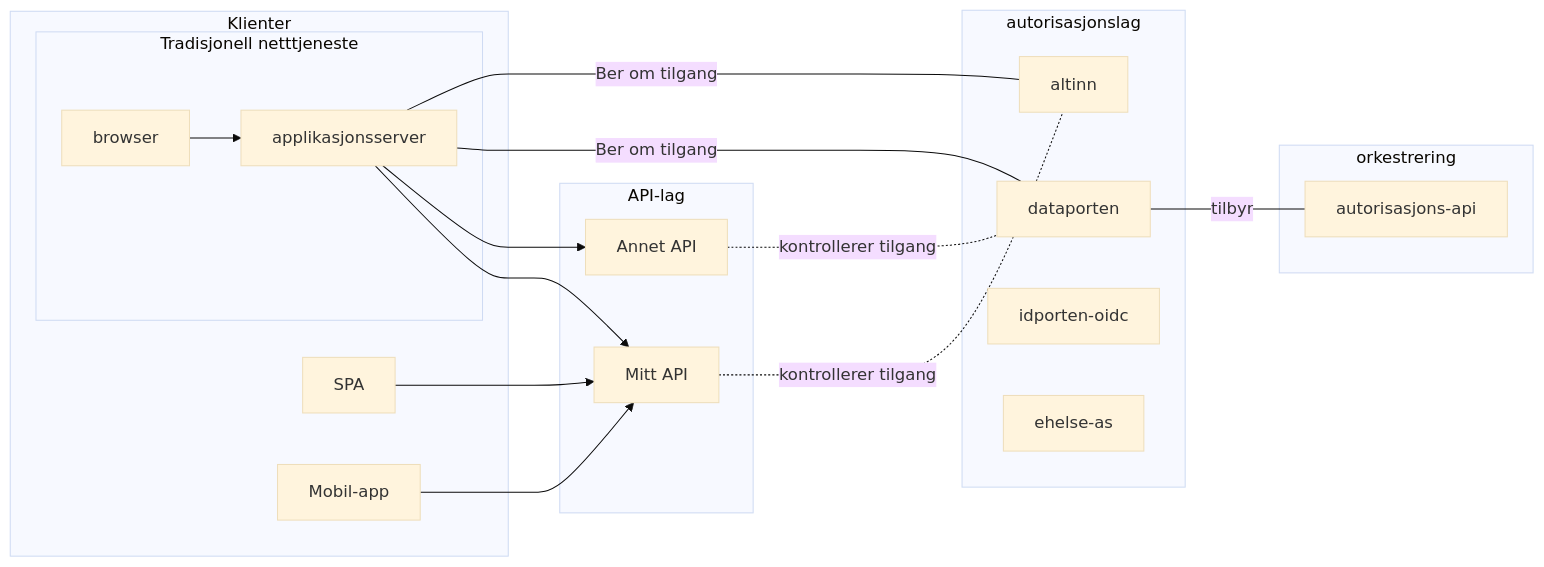
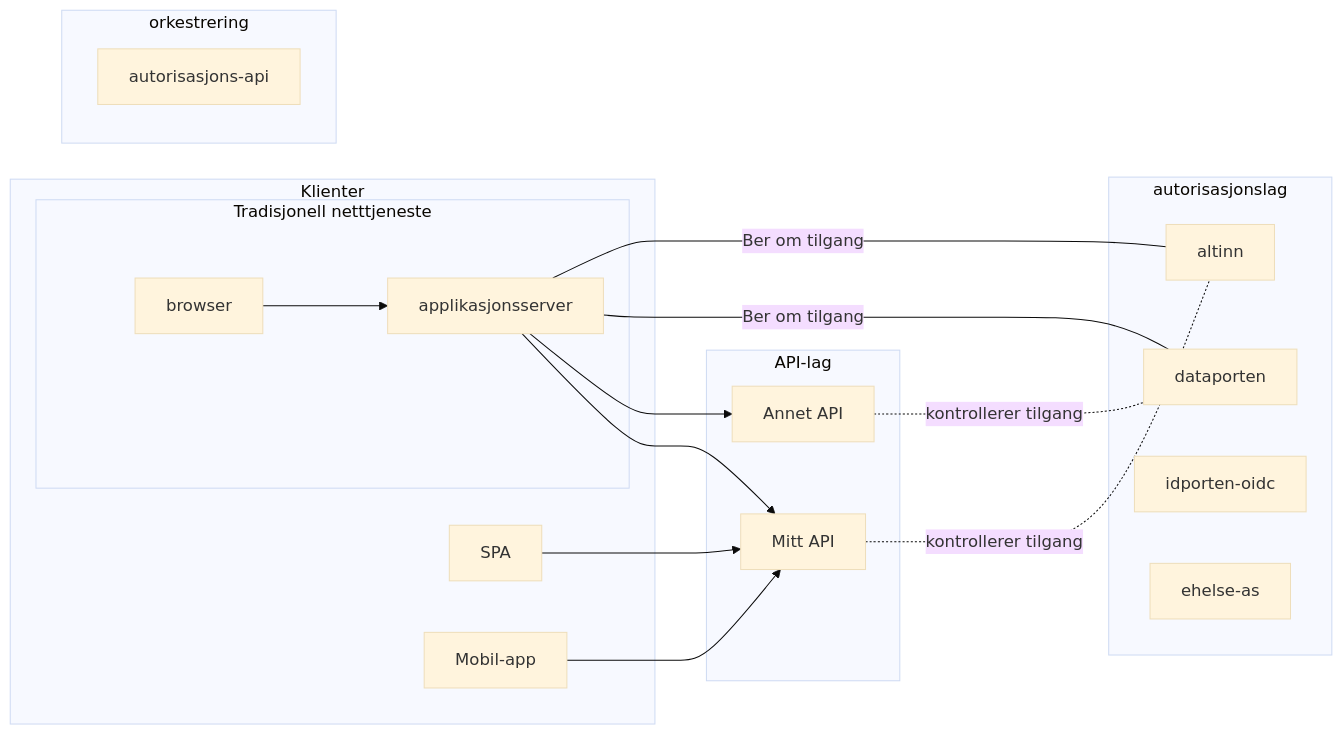
The second of 2 diagrams in pages/oauth2/systemlandskap.md (joergenb/documentation-theme-jekyll), drawn with Mermaid (base theme) before and after one commit.

```diff
--- a/pages/oauth2/systemlandskap.md
+++ b/pages/oauth2/systemlandskap.md
@@ -42,43 +42,42 @@
 <div class="mermaid">
 graph LR
 
  subgraph autorisasjonslag
   dataporten
   altinn 
   idporten-oidc
   ehelse-as
  end
 
  subgraph API-lag
   mittapi["Mitt API"]
   dittapi["Annet API"]
 
   mittapi-. kontrollerer tilgang .- altinn
   dittapi-. kontrollerer tilgang .- dataporten
  end
 
  subgraph Klienter 
   subgraph Tradisjonell netttjeneste
     browser
     applikasjonsserver
     browser-->applikasjonsserver
   end
   SPA
   native["Mobil-app"]
 
   applikasjonsserver-->mittapi
   applikasjonsserver-->dittapi
   applikasjonsserver-- Ber om tilgang --- dataporten
   applikasjonsserver-- Ber om tilgang --- altinn
 
   SPA-->mittapi
   native-->mittapi
  end
  
  subgraph orkestrering
    autorisasjons-api
    
-   dataporten-- tilbyr --- autorisasjons-api 
   end
 
 </div>
```
